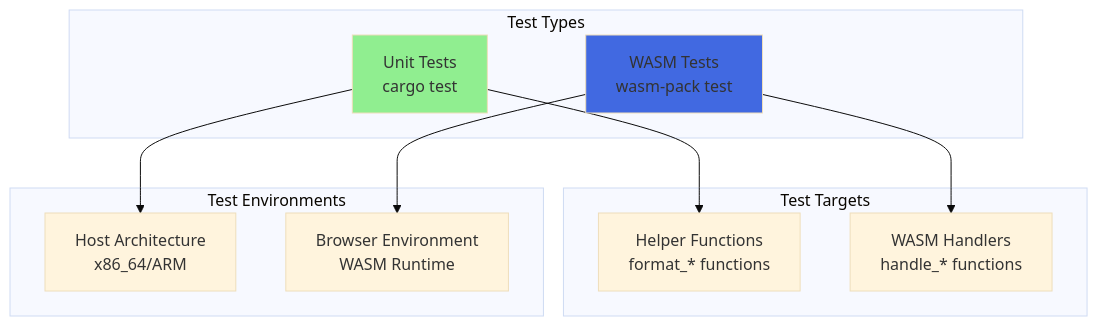
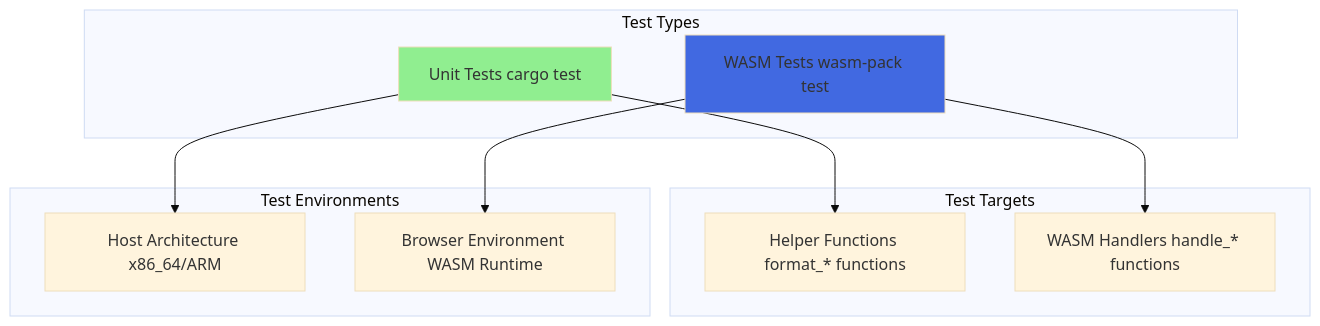
One commit to softwarewrighter/rts_mock changed the first of 4 diagrams in wiki/Testing.md. Above: the diagram before and after it, drawn with Mermaid (base theme). The commit also changed other lines of this file and 5 other files, not shown here.

First line of the commit message:
Fix wiki Mermaid diagrams: remove <br/> tags

````diff
--- a/wiki/Testing.md
+++ b/wiki/Testing.md
@@ -11,26 +11,26 @@
 ```mermaid
 graph TB
     subgraph "Test Types"
-        UNIT[Unit Tests<br/>cargo test]
-        WASM[WASM Tests<br/>wasm-pack test]
+        UNIT[Unit Tests cargo test]
+        WASM[WASM Tests wasm-pack test]
     end
 
     subgraph "Test Targets"
-        HELPERS[Helper Functions<br/>format_* functions]
-        HANDLERS[WASM Handlers<br/>handle_* functions]
+        HELPERS[Helper Functions format_* functions]
+        HANDLERS[WASM Handlers handle_* functions]
     end
 
     subgraph "Test Environments"
-        HOST[Host Architecture<br/>x86_64/ARM]
-        BROWSER[Browser Environment<br/>WASM Runtime]
+        HOST[Host Architecture x86_64/ARM]
+        BROWSER[Browser Environment WASM Runtime]
     end
 
     UNIT --> HELPERS
     WASM --> HANDLERS
 
     UNIT --> HOST
     WASM --> BROWSER
 
     style UNIT fill:#90EE90
     style WASM fill:#4169E1
 ```
````
